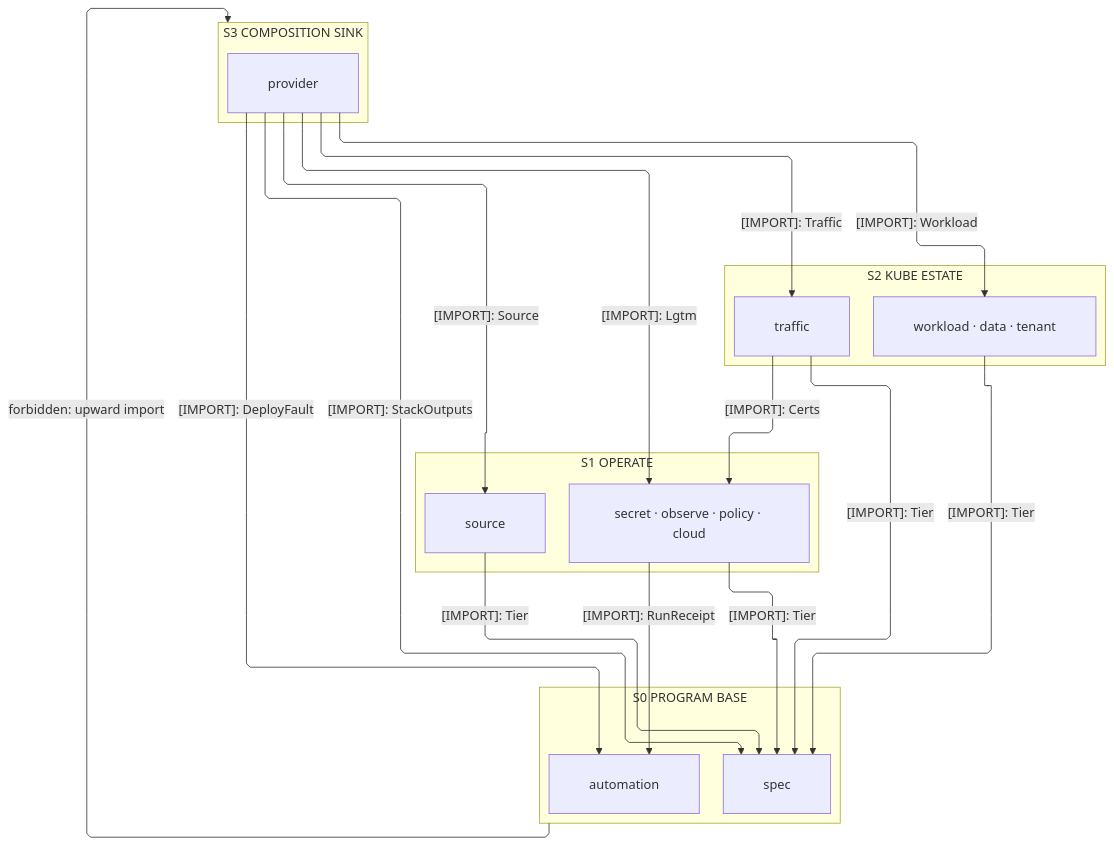
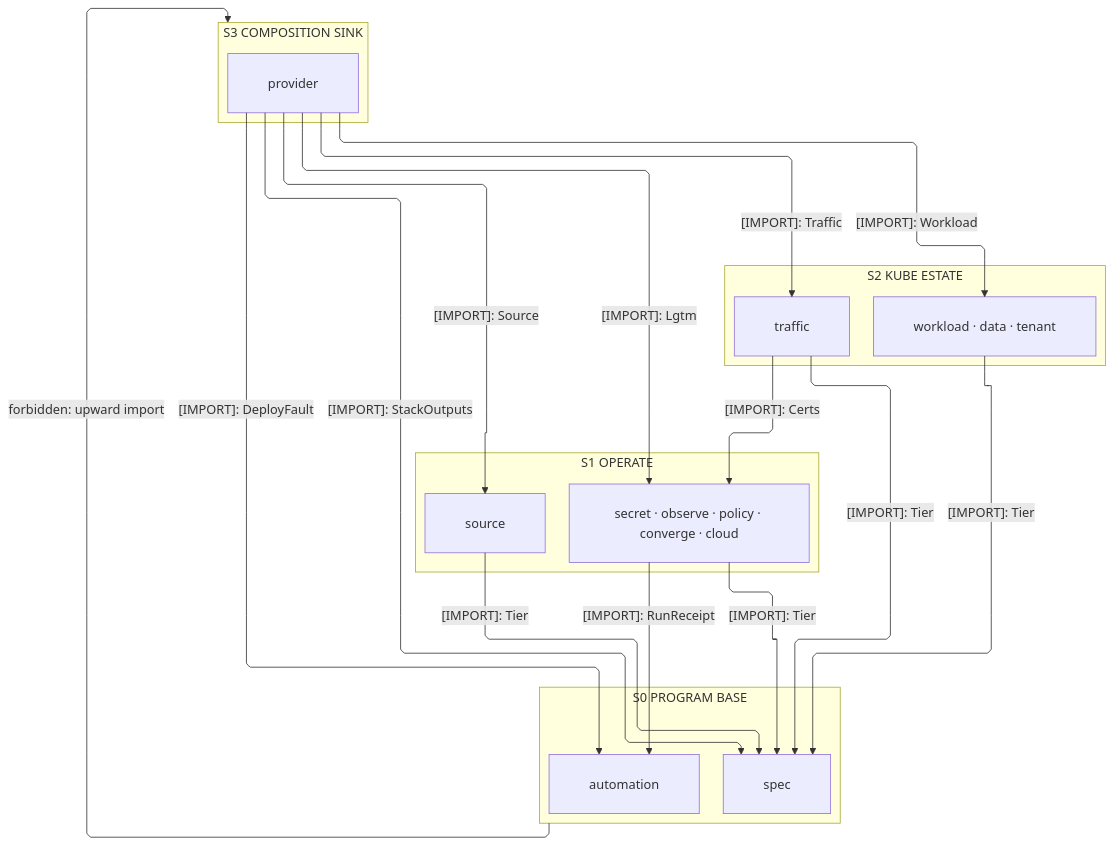
One commit to bsamiee/Rasm changed the first of 2 diagrams in libs/typescript/iac/ARCHITECTURE.md. Above: the diagram before and after it, drawn with Mermaid. The commit also changed other lines of this file and 486 other files, not shown here.

````diff
--- a/libs/typescript/iac/ARCHITECTURE.md
+++ b/libs/typescript/iac/ARCHITECTURE.md
@@ -34,40 +35,40 @@
 ```mermaid
 ---
 config:
   layout: elk
   flowchart:
     curve: linear
     padding: 25
 ---
 flowchart TB
     accTitle: Iac interior import strata
     accDescr: Four strata — the provider sink over the kube estate over the operate plane onto the spec-automation co-base; imports point downward.
     subgraph S3["S3 COMPOSITION SINK"]
         Provider[provider]
     end
     subgraph S2["S2 KUBE ESTATE"]
         Kube["workload · data · tenant"]
         Traffic[traffic]
     end
     subgraph S1["S1 OPERATE"]
-        Operate["secret · observe · policy · cloud"]
+        Operate["secret · observe · policy · converge · cloud"]
         Source[source]
     end
     subgraph S0["S0 PROGRAM BASE"]
         Spec[spec]
         Automation[automation]
     end
     Operate e1@-->|"[IMPORT]: Tier"| Spec
     Operate e2@-->|"[IMPORT]: RunReceipt"| Automation
     Source e3@-->|"[IMPORT]: Tier"| Spec
     Kube e4@-->|"[IMPORT]: Tier"| Spec
     Traffic e5@-->|"[IMPORT]: Tier"| Spec
     Traffic e6@-->|"[IMPORT]: Certs"| Operate
     Provider e7@-->|"[IMPORT]: StackOutputs"| Spec
     Provider e8@-->|"[IMPORT]: DeployFault"| Automation
     Provider e9@-->|"[IMPORT]: Workload"| Kube
     Provider e10@-->|"[IMPORT]: Traffic"| Traffic
     Provider e11@-->|"[IMPORT]: Lgtm"| Operate
     Provider e12@-->|"[IMPORT]: Source"| Source
     S0 f1@-->|"forbidden: upward import"| S3
 ```
````
